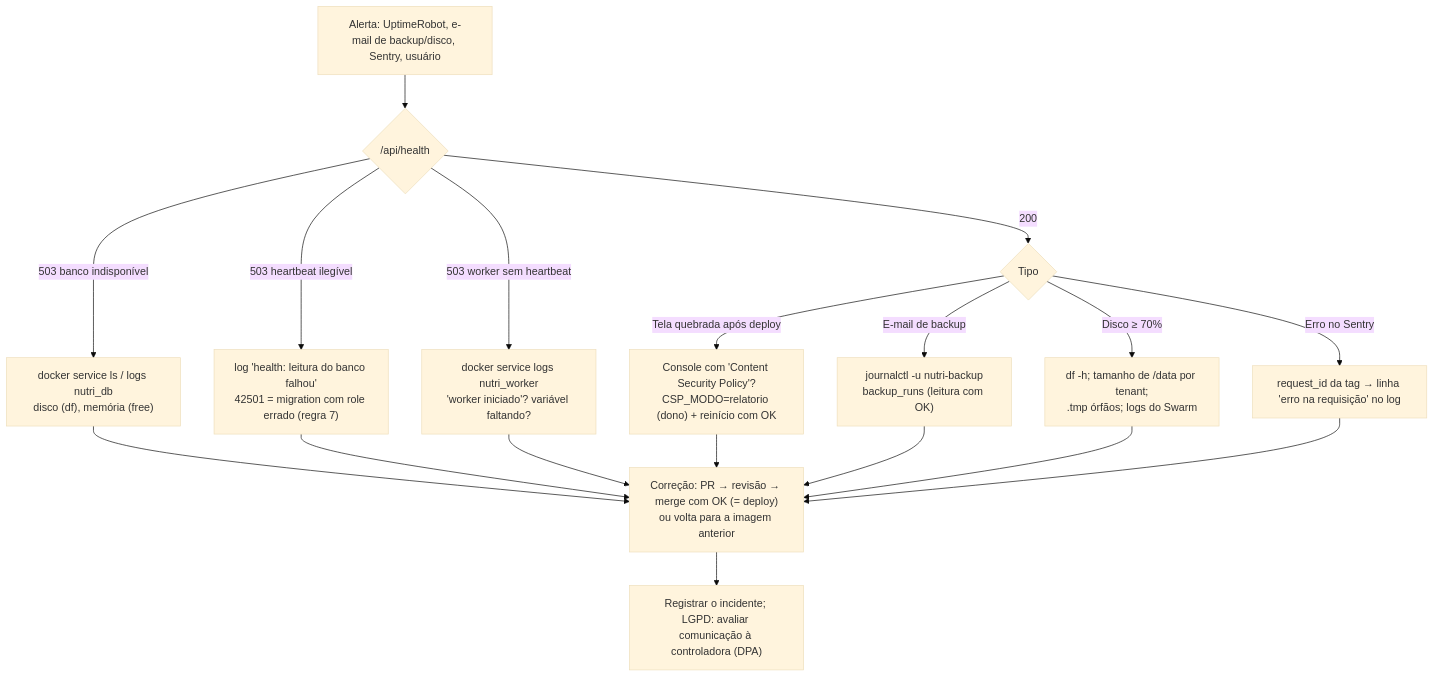
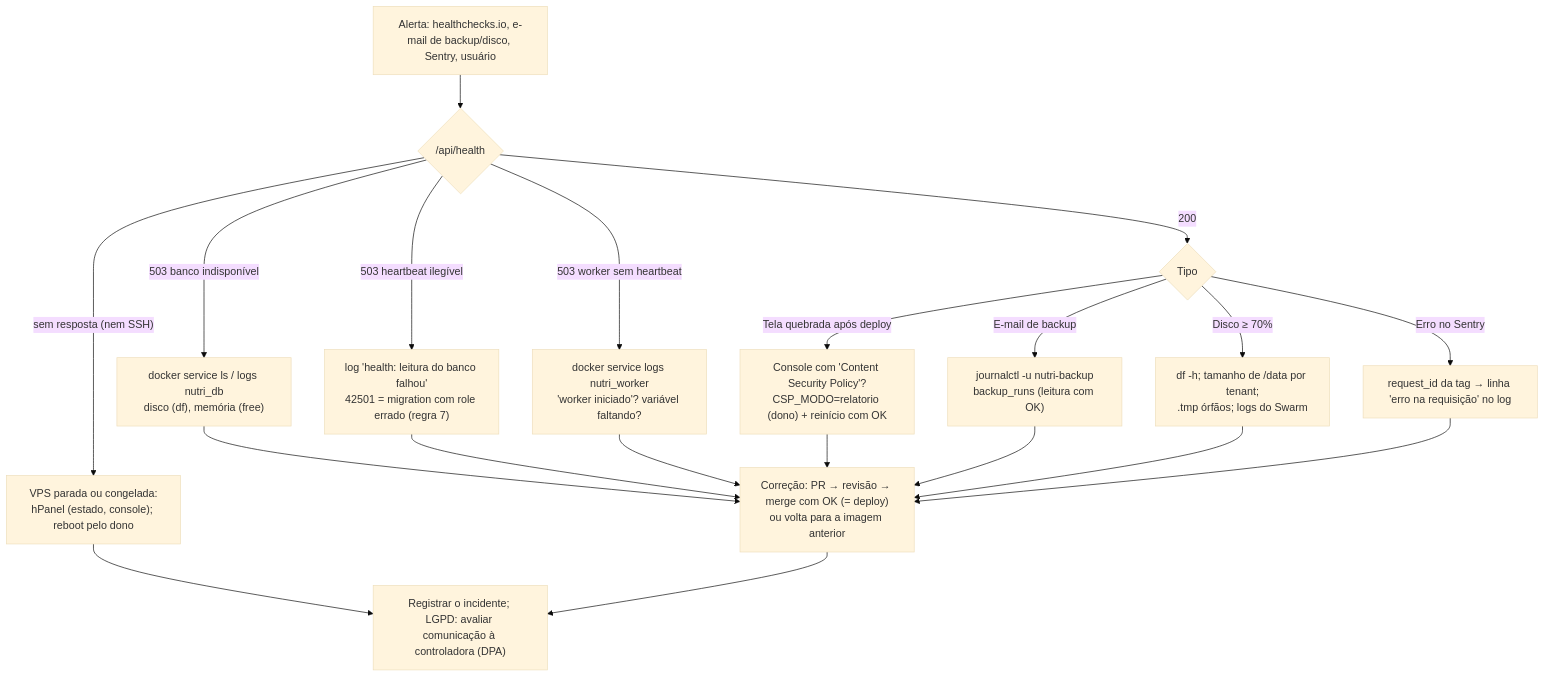
The sixth of 6 diagrams in docs/manual-tecnico/06-worker-seguranca-operacao.md (fabianojp06/nutridebby), drawn with Mermaid (base theme) before and after one commit. The commit also changed other lines of this file and 5 other files, not shown here.

````diff
--- a/docs/manual-tecnico/06-worker-seguranca-operacao.md
+++ b/docs/manual-tecnico/06-worker-seguranca-operacao.md
@@ -848,14 +856,16 @@
 ```mermaid
 flowchart TB
-  A["Alerta: UptimeRobot, e-mail de backup/disco, Sentry, usuário"] --> B{"/api/health"}
+  A["Alerta: healthchecks.io, e-mail de backup/disco, Sentry, usuário"] --> B{"/api/health"}
+  B -->|"sem resposta (nem SSH)"| V["VPS parada ou congelada:<br/>hPanel (estado, console); reboot pelo dono"]
   B -->|"503 banco indisponível"| C["docker service ls / logs nutri_db<br/>disco (df), memória (free)"]
   B -->|"503 heartbeat ilegível"| D["log 'health: leitura do banco falhou'<br/>42501 = migration com role errado (regra 7)"]
   B -->|"503 worker sem heartbeat"| E["docker service logs nutri_worker<br/>'worker iniciado'? variável faltando?"]
   B -->|"200"| F{"Tipo"}
   F -->|"Tela quebrada após deploy"| G["Console com 'Content Security Policy'?<br/>CSP_MODO=relatorio (dono) + reinício com OK"]
   F -->|"E-mail de backup"| H["journalctl -u nutri-backup<br/>backup_runs (leitura com OK)"]
   F -->|"Disco ≥ 70%"| I["df -h; tamanho de /data por tenant;<br/>.tmp órfãos; logs do Swarm"]
   F -->|"Erro no Sentry"| J["request_id da tag → linha 'erro na requisição' no log"]
   C & D & E & G & H & I & J --> K["Correção: PR → revisão → merge com OK (= deploy)<br/>ou volta para a imagem anterior"]
+  V --> L
   K --> L["Registrar o incidente; LGPD: avaliar comunicação à controladora (DPA)"]
 ```
````
